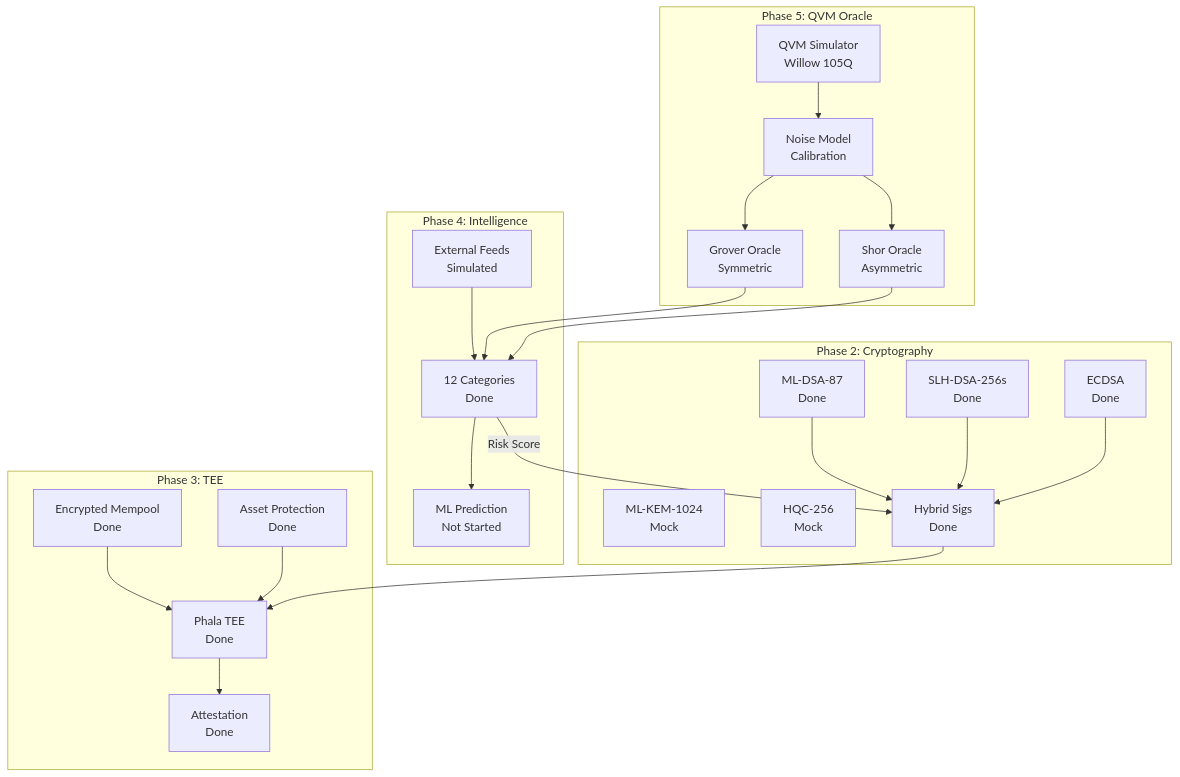
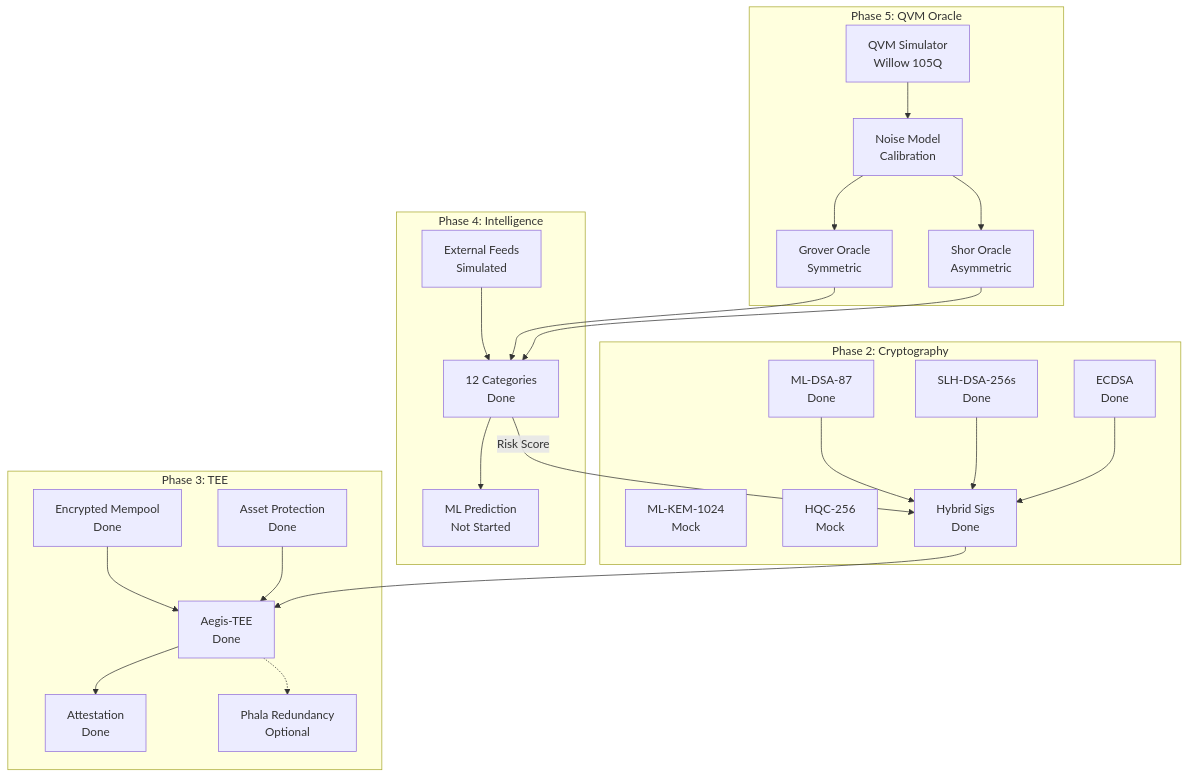
One commit to Halo-Labs-xyz/qAegis changed the diagram in ROADMAP.md. Above: the diagram before and after it, drawn with Mermaid. The commit also changed other lines of this file and 26 other files, not shown here.

````diff
--- a/ROADMAP.md
+++ b/ROADMAP.md
@@ -255,51 +255,53 @@
 ```mermaid
 graph TB
     subgraph Phase5["Phase 5: QVM Oracle"]
         QVM[QVM Simulator<br/>Willow 105Q]
         NOISE[Noise Model<br/>Calibration]
         GROVER[Grover Oracle<br/>Symmetric]
         SHOR[Shor Oracle<br/>Asymmetric]
         
         QVM --> NOISE
         NOISE --> GROVER
         NOISE --> SHOR
     end
     
     subgraph Phase2["Phase 2: Cryptography"]
         MLDSA[ML-DSA-87<br/>Done]
         SLHDSA[SLH-DSA-256s<br/>Done]
         ECDSA[ECDSA<br/>Done]
         MLKEM[ML-KEM-1024<br/>Mock]
         HQC[HQC-256<br/>Mock]
         HYBRID[Hybrid Sigs<br/>Done]
         
         MLDSA --> HYBRID
         SLHDSA --> HYBRID
         ECDSA --> HYBRID
     end
     
     subgraph Phase4["Phase 4: Intelligence"]
         THREAT[12 Categories<br/>Done]
         FEEDS[External Feeds<br/>Simulated]
         MLRISK[ML Prediction<br/>Not Started]
         
         FEEDS --> THREAT
         THREAT --> MLRISK
     end
     
     subgraph Phase3["Phase 3: TEE"]
-        PHALA[Phala TEE<br/>Done]
+        AEGIS[Aegis-TEE<br/>Done]
         ATTEST[Attestation<br/>Done]
         MEMPOOL[Encrypted Mempool<br/>Done]
         ASSET[Asset Protection<br/>Done]
+        PHALA_RED[Phala Redundancy<br/>Optional]
         
-        PHALA --> ATTEST
-        MEMPOOL --> PHALA
-        ASSET --> PHALA
+        AEGIS --> ATTEST
+        MEMPOOL --> AEGIS
+        ASSET --> AEGIS
+        AEGIS -.-> PHALA_RED
     end
     
     GROVER --> THREAT
     SHOR --> THREAT
     THREAT --> |Risk Score| HYBRID
-    HYBRID --> PHALA
+    HYBRID --> AEGIS
 ```
````
